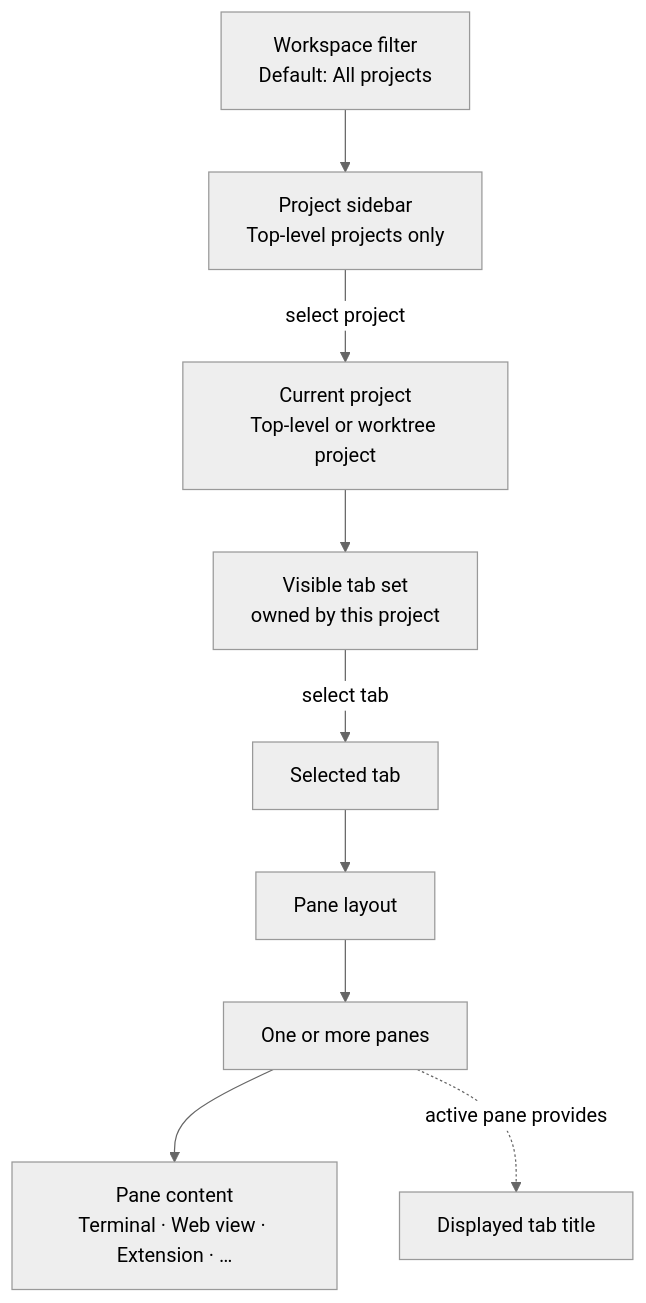
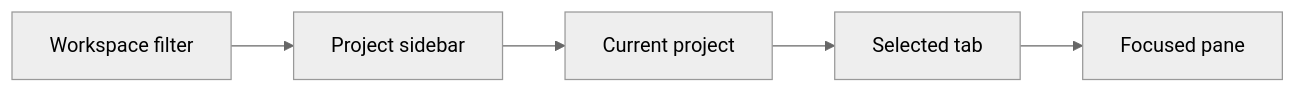
One commit to guppylab/muxy changed the diagram in docs/product/app-model.md. Above: the diagram before and after it, drawn with Mermaid (neutral theme). The commit also changed other lines of this file and 196 other files, not shown here.

````diff
--- a/docs/product/app-model.md
+++ b/docs/product/app-model.md
@@ -78,11 +38,6 @@
 ```mermaid
-flowchart TB
-    FILTER["Workspace filter<br/>Default: All projects"] --> LIST["Project sidebar<br/>Top-level projects only"]
-    LIST -->|"select project"| PROJECT["Current project<br/>Top-level or worktree project"]
-    PROJECT --> TABS["Visible tab set<br/>owned by this project"]
-    TABS -->|"select tab"| TAB["Selected tab"]
-    TAB --> LAYOUT["Pane layout"]
-    LAYOUT --> PANE["One or more panes"]
-    PANE --> CONTENT["Pane content<br/>Terminal · Web view · Extension · …"]
-    PANE -.->|"active pane provides"| TITLE["Displayed tab title"]
+flowchart LR
+    FILTER["Workspace filter"] --> LIST["Project sidebar"]
+    LIST --> PROJECT["Current project"] --> TAB["Selected tab"]
+    TAB --> PANE["Focused pane"]
 ```
````
